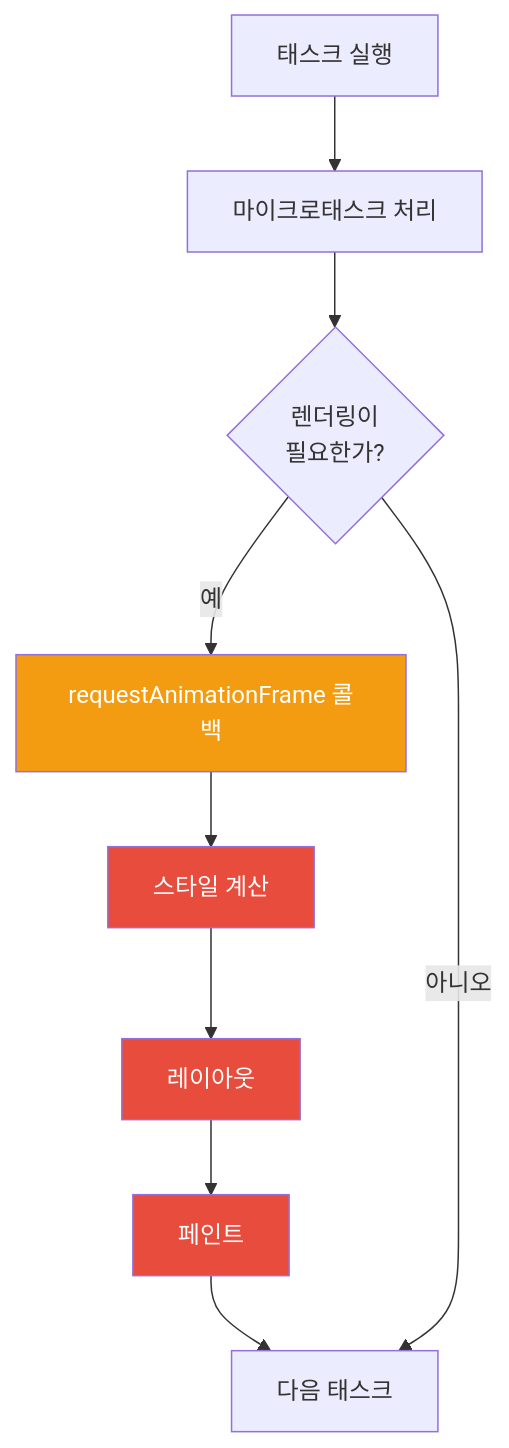
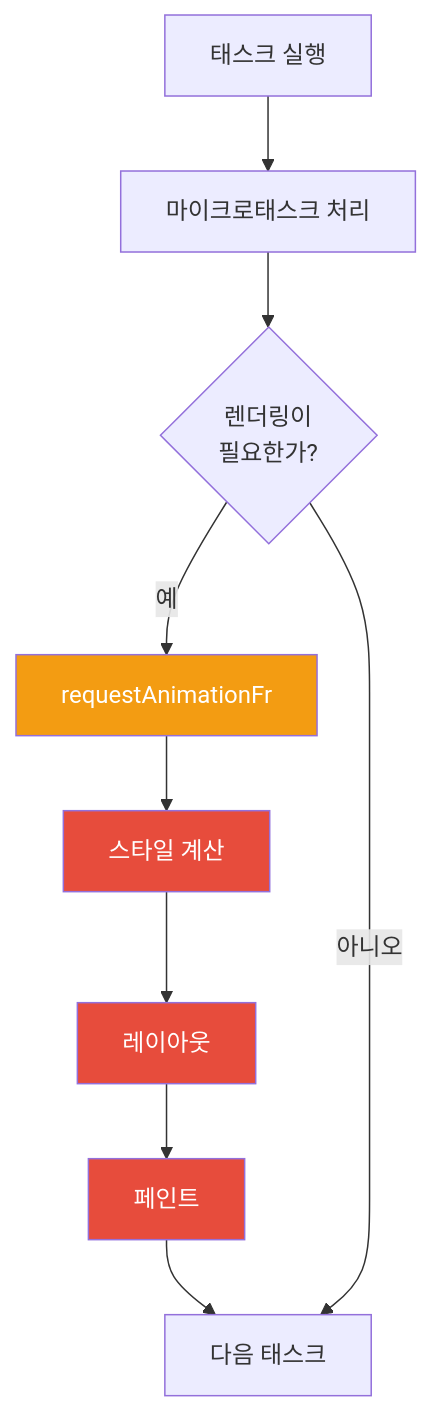
The ninth of 13 diagrams in _posts/frontend/2026-05-02-js-event-loop.md (yjkim2015/yjkim2015.github.io), drawn with Mermaid before and after one commit. The commit also changed other lines of this file and 271 other files, not shown here.

First line of the commit message:
Mermaid 라벨 축소: 긴 노드 텍스트 18자 이하로 트림 + \n 제거

````diff
--- a/_posts/frontend/2026-05-02-js-event-loop.md
+++ b/_posts/frontend/2026-05-02-js-event-loop.md
@@ -275,15 +275,15 @@
 ```mermaid
 flowchart TD
     A["태스크 실행"] --> B["마이크로태스크 처리"]
     B --> C{"렌더링이<br>필요한가?"}
-    C -->|"예"| D["requestAnimationFrame 콜백"]
+    C -->|"예"| D["requestAnimationFr"]
     D --> E["스타일 계산"]
     E --> F["레이아웃"]
     F --> G["페인트"]
     G --> H["다음 태스크"]
     C -->|"아니오"| H
     style D fill:#f39c12,color:#fff
     style E fill:#e74c3c,color:#fff
     style F fill:#e74c3c,color:#fff
     style G fill:#e74c3c,color:#fff
 ```
````
